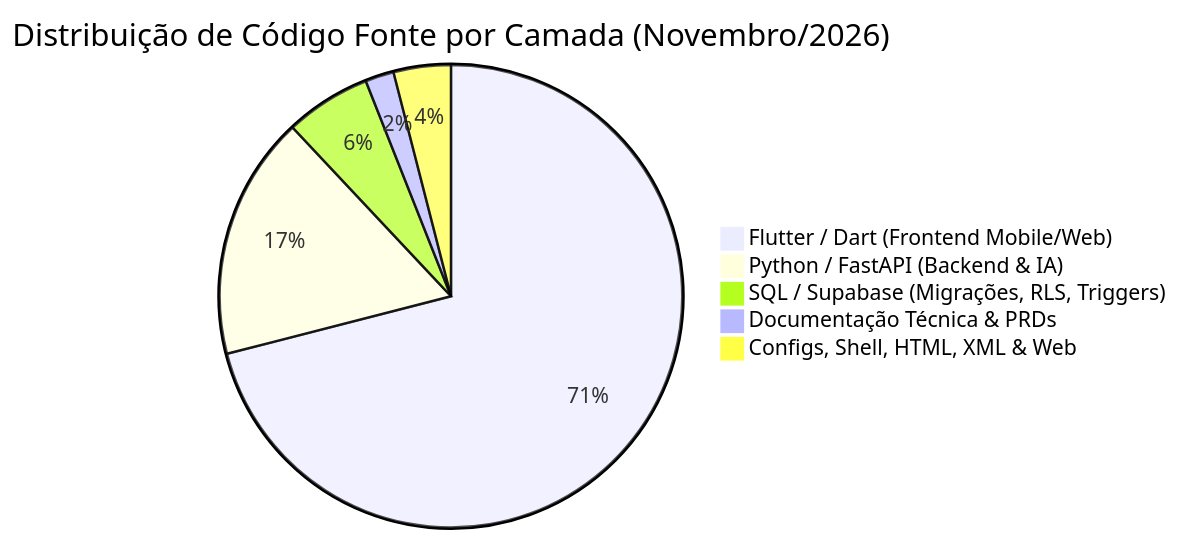
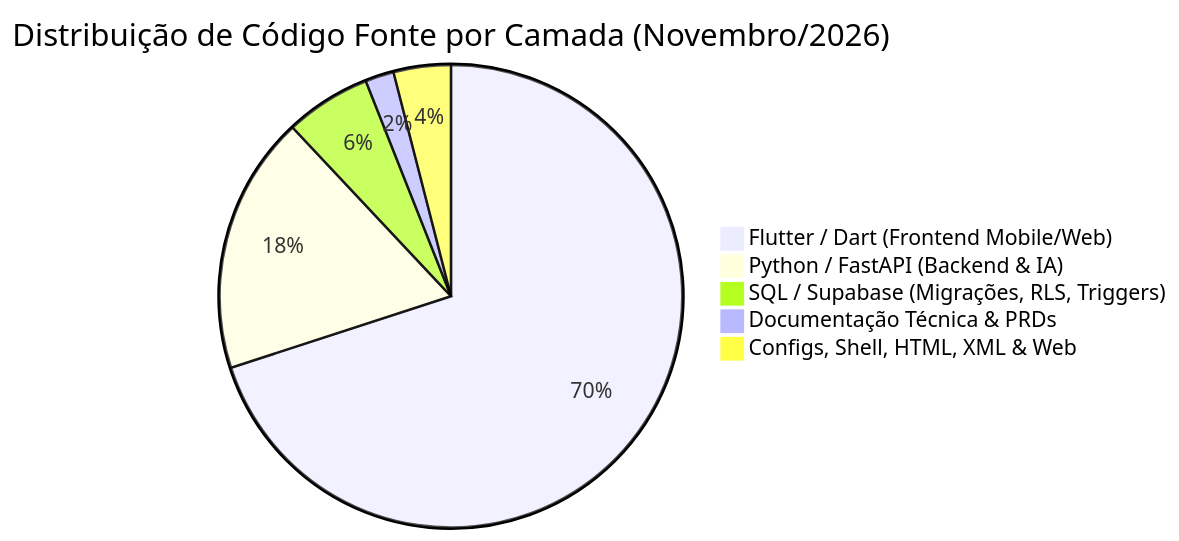
One commit to cleudsonx/B2B-personal-ia changed the diagram in docs/mr_coach_dossie_executivo_institucional.md. Above: the diagram before and after it, drawn with Mermaid. The commit also changed other lines of this file, not shown here.

````diff
--- a/docs/mr_coach_dossie_executivo_institucional.md
+++ b/docs/mr_coach_dossie_executivo_institucional.md
@@ -47,8 +47,8 @@
 ```mermaid
 pie title Distribuição de Código Fonte por Camada (Novembro/2026)
-    "Flutter / Dart (Frontend Mobile/Web)" : 71
-    "Python / FastAPI (Backend & IA)" : 17
+    "Flutter / Dart (Frontend Mobile/Web)" : 70
+    "Python / FastAPI (Backend & IA)" : 18
     "SQL / Supabase (Migrações, RLS, Triggers)" : 6
     "Documentação Técnica & PRDs" : 2
     "Configs, Shell, HTML, XML & Web" : 4
 ```
````
